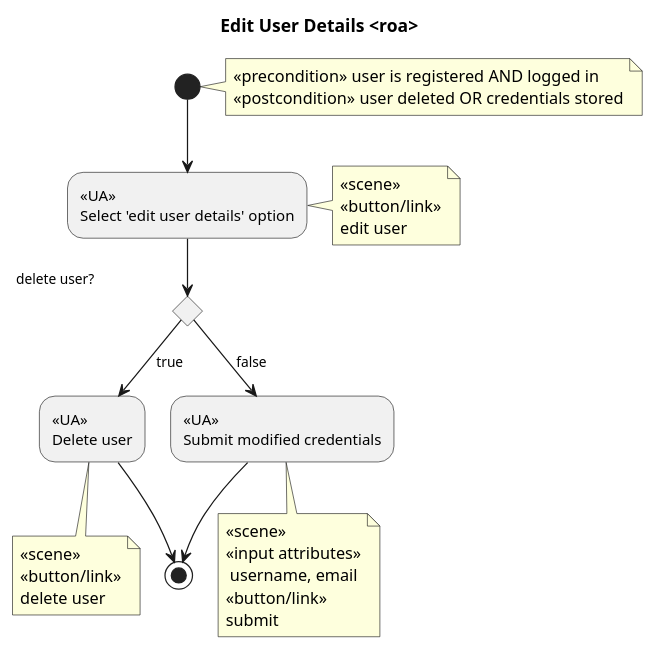
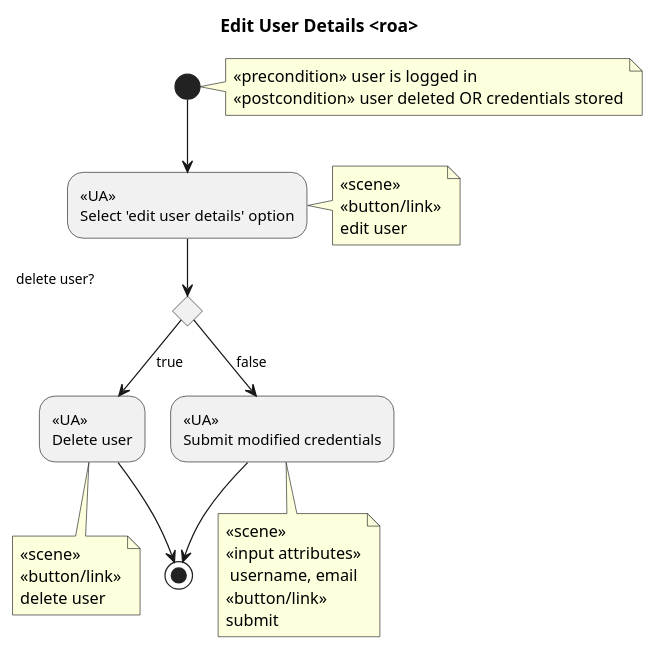
Before and after one commit to bzg/worg: the second of 4 diagrams in org-contrib/gsoc2012/student-projects/bugpile/i.org, drawn with PlantUML. The commit also changed other lines of this file and 2 other files, not shown here.

```diff
--- a/org-contrib/gsoc2012/student-projects/bugpile/i.org
+++ b/org-contrib/gsoc2012/student-projects/bugpile/i.org
@@ -702,15 +688,15 @@
 #+begin_src plantuml :file ../../../../images/gsoc/2012/bugpile/edit-user-details-uml-roa.png 
   title Edit User Details <roa>
-  note right: <<precondition>> user is registered AND logged in\n<<postcondition>> user deleted OR credentials stored
+  note right: <<precondition>> user is logged in\n<<postcondition>> user deleted OR credentials stored
   (*) --> "<<UA>>\nSelect 'edit user details' option"
   note right: <<scene>>\n<<button/link>>\nedit user
   if "delete user?                   " then
     --> [true] "<<UA>>\nDelete user"
     note bottom: <<scene>>\n<<button/link>>\ndelete user
     --> (*)
   else
     --> [false] "<<UA>>\nSubmit modified credentials"
         note bottom: <<scene>>\n<<input attributes>>\n username, email\n<<button/link>>\nsubmit
     --> (*)
   endif
 #+end_src
```
